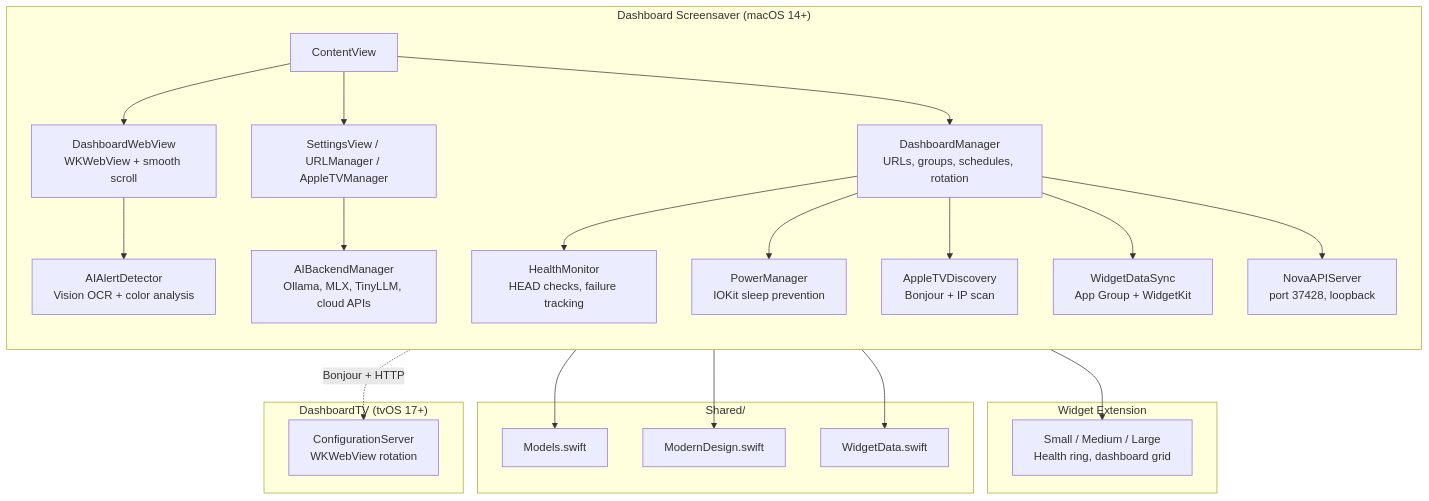
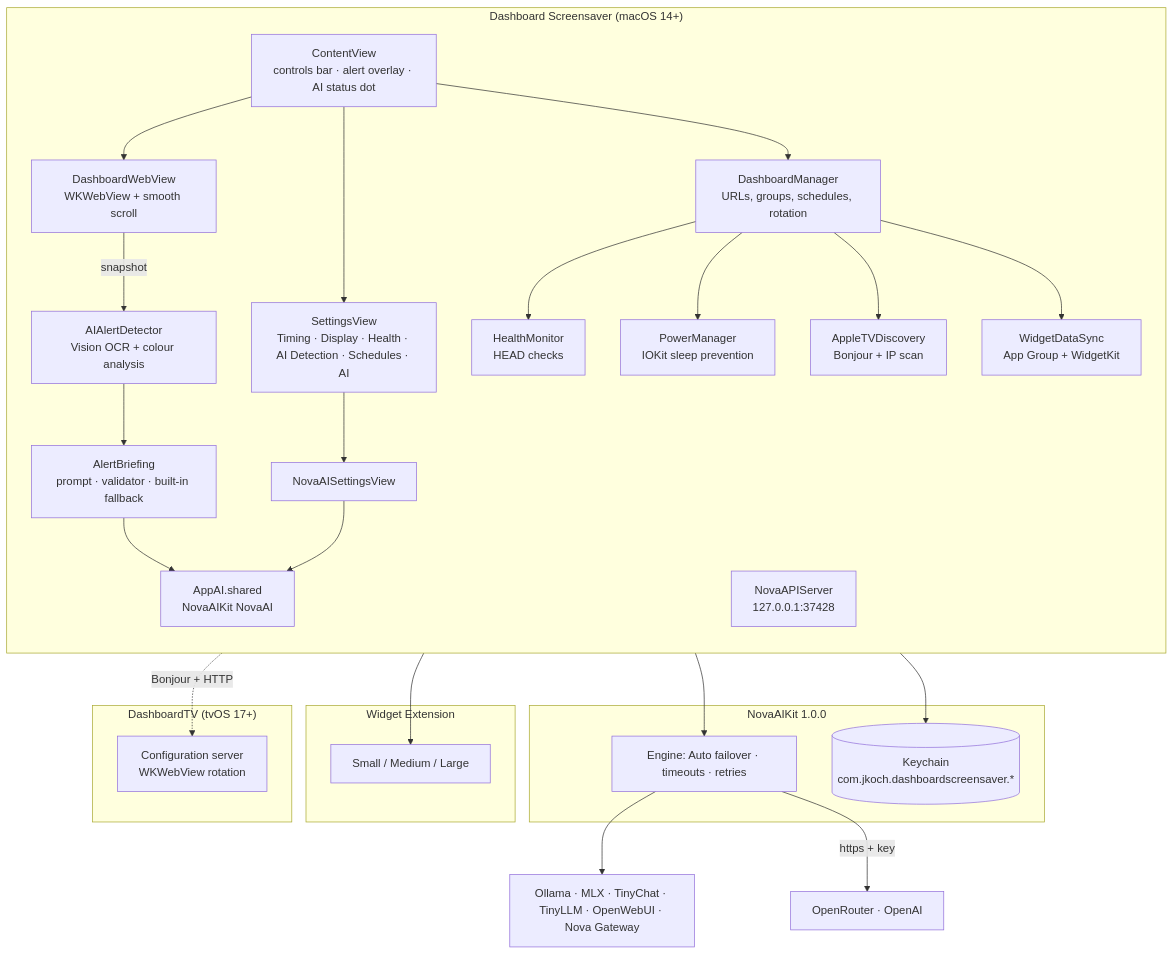
Before and after one commit to kochj23/DashboardScreensaver: the first of 2 diagrams in README.md, drawn with Mermaid. The commit also changed other lines of this file and 15 other files, not shown here.

````diff
--- a/README.md
+++ b/README.md
@@ -40,37 +48,34 @@
 ```mermaid
 graph TB
     subgraph macOS["Dashboard Screensaver (macOS 14+)"]
         direction TB
-        CV[ContentView] --> DWV[DashboardWebView<br/>WKWebView + smooth scroll]
-        CV --> SV[SettingsView / URLManager / AppleTVManager]
-
+        CV[ContentView<br/>controls bar · alert overlay · AI status dot] --> DWV[DashboardWebView<br/>WKWebView + smooth scroll]
+        CV --> SV[SettingsView<br/>Timing · Display · Health · AI Detection · Schedules · AI]
         CV --> DM[DashboardManager<br/>URLs, groups, schedules, rotation]
-        DWV --> AAD[AIAlertDetector<br/>Vision OCR + color analysis]
-        SV --> ABM[AIBackendManager<br/>Ollama, MLX, TinyLLM, cloud APIs]
-
-        DM --> HM[HealthMonitor<br/>HEAD checks, failure tracking]
+        DWV -->|snapshot| AAD[AIAlertDetector<br/>Vision OCR + colour analysis]
+        AAD --> AB[AlertBriefing<br/>prompt · validator · built-in fallback]
+        AB --> AI[AppAI.shared<br/>NovaAIKit NovaAI]
+        SV --> NSV[NovaAISettingsView]
+        NSV --> AI
+        DM --> HM[HealthMonitor<br/>HEAD checks]
         DM --> PM[PowerManager<br/>IOKit sleep prevention]
         DM --> ATD[AppleTVDiscovery<br/>Bonjour + IP scan]
-
         DM --> WDS[WidgetDataSync<br/>App Group + WidgetKit]
-        DM --> NAS[NovaAPIServer<br/>port 37428, loopback]
+        NAS[NovaAPIServer<br/>127.0.0.1:37428]
     end
 
+    subgraph Kit["NovaAIKit 1.0.0"]
+        AI --> ENG[Engine: Auto failover · timeouts · retries]
+        AI --> KC[(Keychain<br/>com.jkoch.dashboardscreensaver.*)]
+    end
+    ENG --> LOCAL[Ollama · MLX · TinyChat · TinyLLM · OpenWebUI · Nova Gateway]
+    ENG -->|https + key| CLOUD[OpenRouter · OpenAI]
+
     subgraph Widget["Widget Extension"]
-        WDS --> WE[Small / Medium / Large<br/>Health ring, dashboard grid]
-    end
-
-    subgraph Shared["Shared/"]
-        Models[Models.swift]
-        MD[ModernDesign.swift]
-        WD[WidgetData.swift]
+        WDS --> WE[Small / Medium / Large]
     end
 
     subgraph tvOS["DashboardTV (tvOS 17+)"]
-        ATD -.->|Bonjour + HTTP| DTV[ConfigurationServer<br/>WKWebView rotation]
+        ATD -.->|Bonjour + HTTP| DTV[Configuration server<br/>WKWebView rotation]
     end
-
-    DM --> Models
-    WDS --> WD
-    CV --> MD
 ```
````
